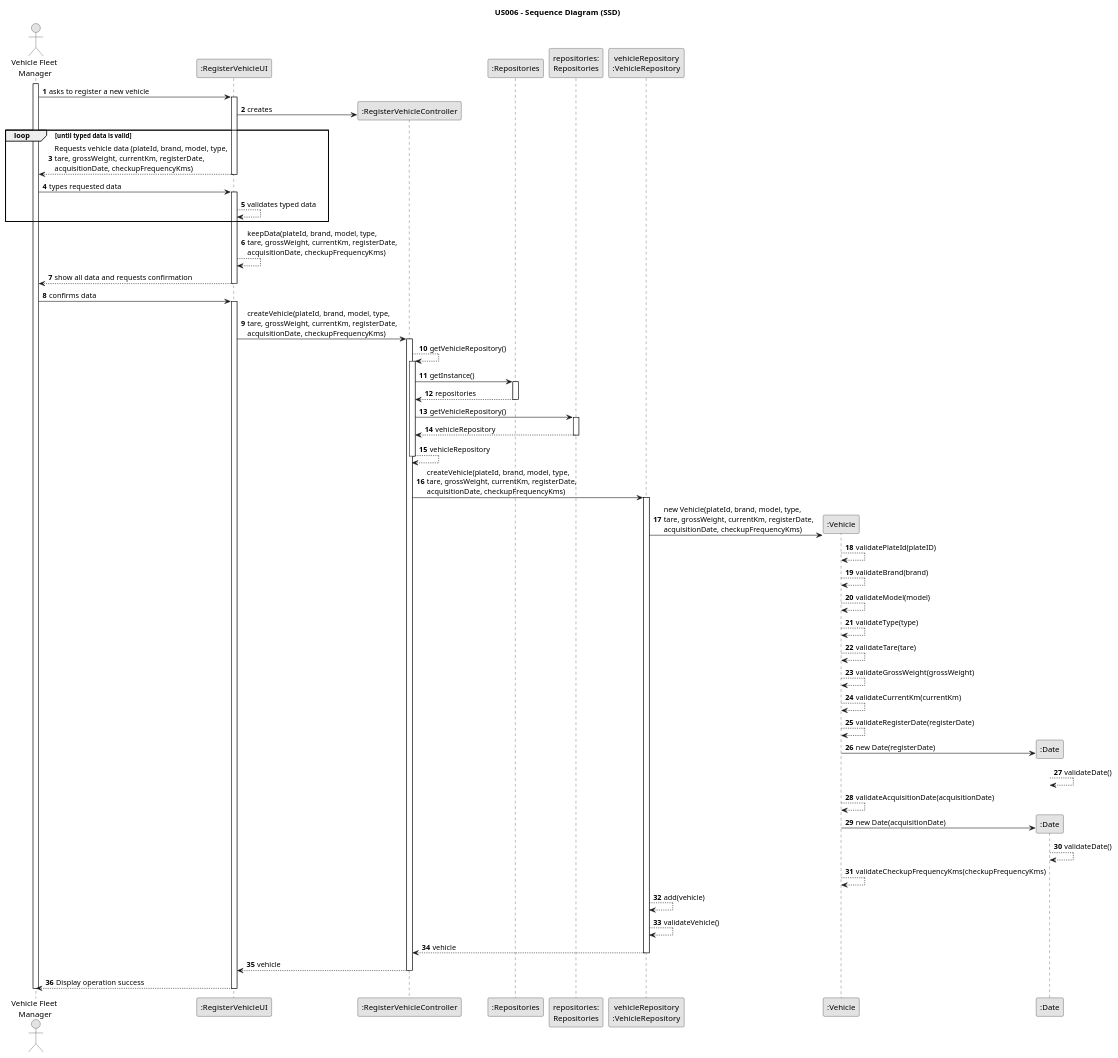
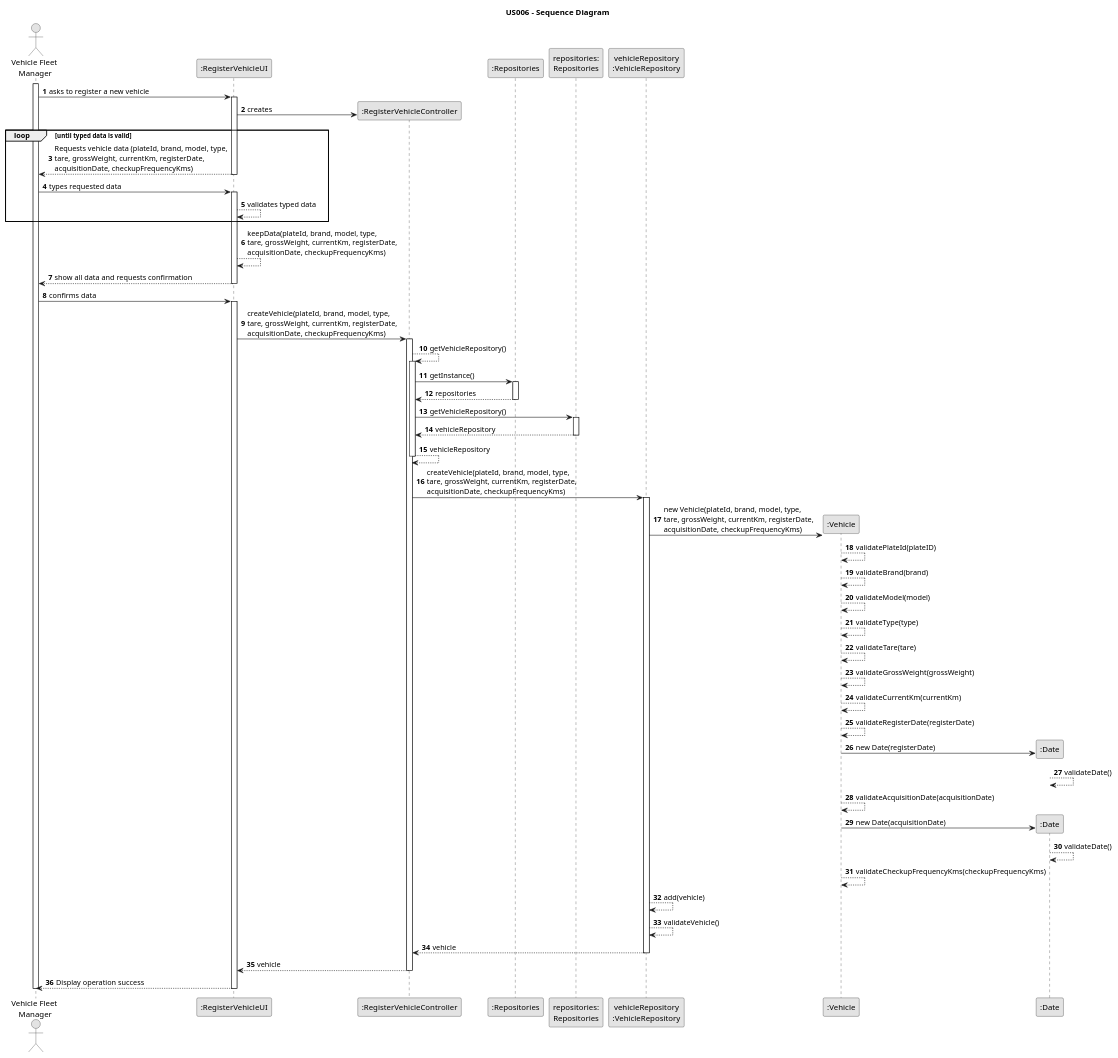
Before and after one commit to Rui-San/LAPR2_2023_2024: the diagram in docs/sprintB/us006/03.design/puml/us006-sequence-diagram.puml, drawn with PlantUML. The commit also changed 5 other files, not shown here.

Commit message:
US007 - Fixed errors and private/public methods on class diagram and new svg

```diff
--- a/docs/sprintB/us006/03.design/puml/us006-sequence-diagram.puml
+++ b/docs/sprintB/us006/03.design/puml/us006-sequence-diagram.puml
@@ -1,99 +1,99 @@
 @startuml
 skinparam monochrome true
 skinparam packageStyle rectangle
 skinparam shadowing false
 
-title US006 - Sequence Diagram (SSD)
+title US006 - Sequence Diagram
 
 autonumber
 
 actor "Vehicle Fleet\n Manager" as VFM
 participant ":RegisterVehicleUI" as UI
 participant ":RegisterVehicleController" as CTRL
 participant ":Repositories" as REPOS
 participant "repositories:\nRepositories" as REPOSInstance
 participant "vehicleRepository\n:VehicleRepository" as VehicleREPO
 participant ":Vehicle" as Vehicle
 participant ":Date" as Date
 
 activate VFM
 
     VFM -> UI : asks to register a new vehicle
     activate UI
 
         UI -> CTRL** : creates
 loop until typed data is valid
         UI --> VFM : Requests vehicle data (plateId, brand, model, type,\ntare, grossWeight, currentKm, registerDate,\nacquisitionDate, checkupFrequencyKms)
 
     deactivate UI
 
     VFM -> UI : types requested data
     activate UI
 
         UI --> UI : validates typed data
 end loop
         UI -->UI : keepData(plateId, brand, model, type,\ntare, grossWeight, currentKm, registerDate,\nacquisitionDate, checkupFrequencyKms)
         UI --> VFM : show all data and requests confirmation
 
     deactivate UI
 
     VFM -> UI : confirms data
     activate UI
 
         UI -> CTRL: createVehicle(plateId, brand, model, type,\ntare, grossWeight, currentKm, registerDate,\nacquisitionDate, checkupFrequencyKms)
         activate CTRL
 
             CTRL --> CTRL : getVehicleRepository()
             activate CTRL
 
                 CTRL -> REPOS : getInstance()
                 activate REPOS
 
                     REPOS --> CTRL : repositories
                 deactivate REPOS
 
                 CTRL -> REPOSInstance : getVehicleRepository()
                 activate REPOSInstance
 
                     REPOSInstance --> CTRL : vehicleRepository
                 deactivate REPOSInstance
                 CTRL --> CTRL : vehicleRepository
             deactivate CTRL
 
             CTRL -> VehicleREPO : createVehicle(plateId, brand, model, type,\ntare, grossWeight, currentKm, registerDate,\nacquisitionDate, checkupFrequencyKms)
             activate VehicleREPO
 
                 VehicleREPO -> Vehicle** : new Vehicle(plateId, brand, model, type,\ntare, grossWeight, currentKm, registerDate,\nacquisitionDate, checkupFrequencyKms)
 
                     Vehicle --> Vehicle : validatePlateId(plateID)
                     Vehicle --> Vehicle : validateBrand(brand)
                     Vehicle --> Vehicle : validateModel(model)
                     Vehicle --> Vehicle : validateType(type)
                     Vehicle --> Vehicle : validateTare(tare)
                     Vehicle --> Vehicle : validateGrossWeight(grossWeight)
                     Vehicle --> Vehicle : validateCurrentKm(currentKm)
                     Vehicle --> Vehicle : validateRegisterDate(registerDate)
                     Vehicle -> Date** : new Date(registerDate)
                         Date --> Date : validateDate()
                     Vehicle --> Vehicle : validateAcquisitionDate(acquisitionDate)
                     Vehicle -> Date** : new Date(acquisitionDate)
                         Date --> Date : validateDate()
                     Vehicle --> Vehicle : validateCheckupFrequencyKms(checkupFrequencyKms)
 
                 VehicleREPO --> VehicleREPO : add(vehicle)
                 VehicleREPO --> VehicleREPO : validateVehicle()
                 VehicleREPO --> CTRL : vehicle
             deactivate VehicleREPO
 
             CTRL --> UI : vehicle
         deactivate CTRL
 
         UI --> VFM : Display operation success
 
     deactivate UI
 
 deactivate VFM
 
 
 
 @enduml
```
